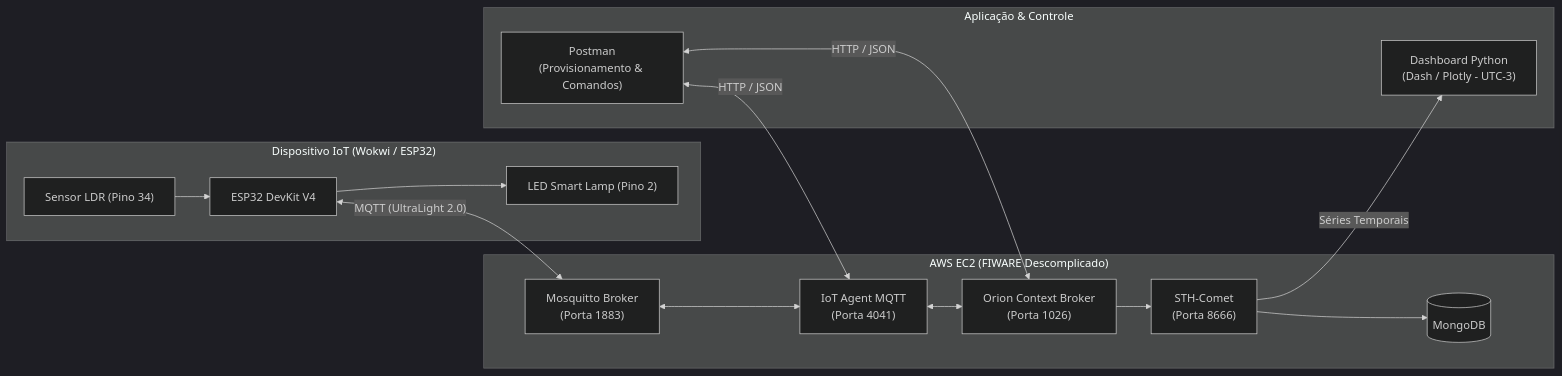
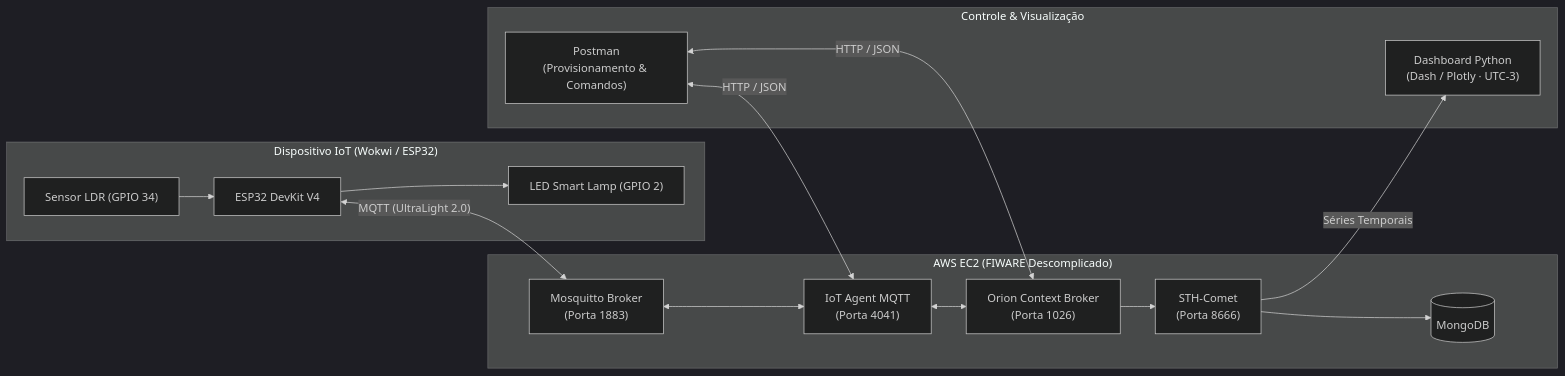
Before and after one commit to iantassiotto/SmartLamp-FIWARE: the diagram in README.md, drawn with Mermaid (dark theme). The commit also changed other lines of this file and 1 other file, not shown here.

````diff
--- a/README.md
+++ b/README.md
@@ -31,24 +54,24 @@
 ```mermaid
 graph LR
     subgraph Edge ["Dispositivo IoT (Wokwi / ESP32)"]
-        LDR["Sensor LDR (Pino 34)"] --> ESP["ESP32 DevKit V4"]
-        ESP --> LED["LED Smart Lamp (Pino 2)"]
+        LDR["Sensor LDR (GPIO 34)"] --> ESP["ESP32 DevKit V4"]
+        ESP --> LED["LED Smart Lamp (GPIO 2)"]
     end
 
     subgraph Cloud ["AWS EC2 (FIWARE Descomplicado)"]
         MOSQ["Mosquitto Broker<br/>(Porta 1883)"] <--> IOTA["IoT Agent MQTT<br/>(Porta 4041)"]
         IOTA <--> ORION["Orion Context Broker<br/>(Porta 1026)"]
         ORION --> STH["STH-Comet<br/>(Porta 8666)"]
         STH --> MONGO[("MongoDB")]
     end
 
-    subgraph Client ["Aplicação & Controle"]
+    subgraph Client ["Controle & Visualização"]
         POSTMAN["Postman<br/>(Provisionamento & Comandos)"]
-        DASH["Dashboard Python<br/>(Dash / Plotly - UTC-3)"]
+        DASH["Dashboard Python<br/>(Dash / Plotly · UTC-3)"]
     end
 
     ESP <-->|"MQTT (UltraLight 2.0)"| MOSQ
     POSTMAN <-->|"HTTP / JSON"| IOTA
     POSTMAN <-->|"HTTP / JSON"| ORION
     STH -->|"Séries Temporais"| DASH
 ```
````
